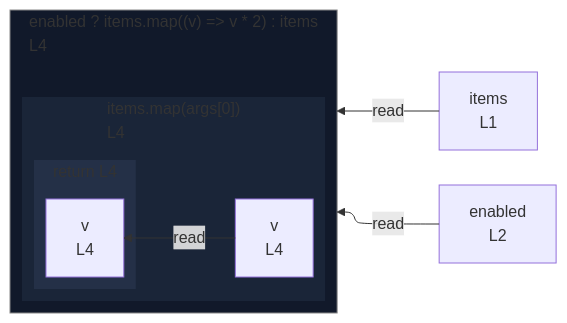
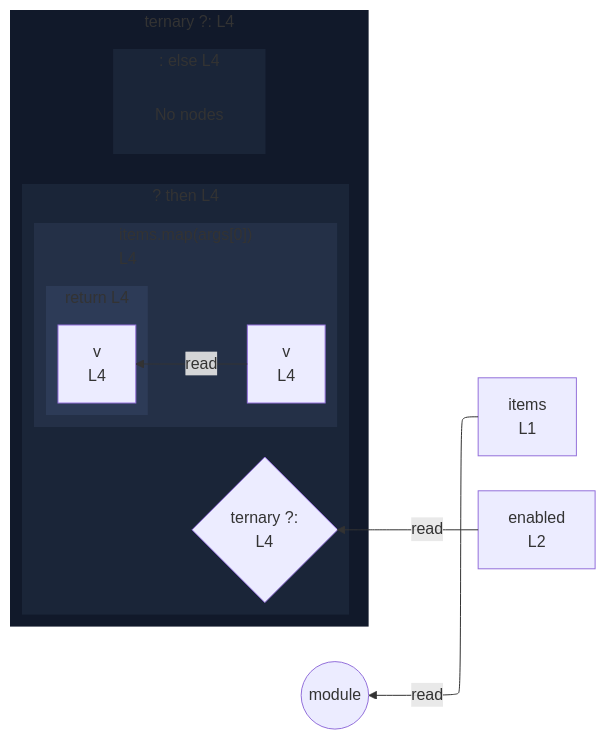
One commit to crescware/unsnarl changed the diagram in integration/fixtures/expression-statement/conditional-with-callback/preview.md. Above: the diagram before and after it, drawn with Mermaid. The commit also changed 163 other files, not shown here.

````diff
--- a/integration/fixtures/expression-statement/conditional-with-callback/preview.md
+++ b/integration/fixtures/expression-statement/conditional-with-callback/preview.md
@@ -14,28 +14,40 @@
 ```mermaid
 %%{init: {"flowchart": {"defaultRenderer": "elk"}}}%%
 flowchart RL
   n_scope_0_items_6["items<br/>L1"]
   n_scope_0_enabled_31["enabled<br/>L2"]
-  subgraph expr_stmt_48["enabled ? items.map((v) =&gt; v * 2) : items<br/>L4"]
+  subgraph cont_ternary_scope_0_48["ternary ?: L4"]
     direction RL
-    subgraph s_scope_1["items.map(args[0])<br/>L4"]
+    subgraph s_scope_1["? then L4"]
       direction RL
-      n_scope_1_v_69["v<br/>L4"]
-      subgraph s_return_scope_1_75_80["return L4"]
+      ternary_test_scope_0_48{"ternary ?:<br/>L4"}
+      subgraph s_scope_2["items.map(args[0])<br/>L4"]
         direction RL
-        ret_use_ref_4["v<br/>L4"]
+        n_scope_2_v_69["v<br/>L4"]
+        subgraph s_return_scope_2_75_80["return L4"]
+          direction RL
+          ret_use_ref_4["v<br/>L4"]
+        end
       end
     end
+    subgraph s_scope_3[": else L4"]
+      direction RL
+      elk_empty_s_scope_3["No nodes"]
+    end
   end
-  n_scope_0_enabled_31 -->|read| expr_stmt_48
-  n_scope_0_items_6 -->|read| expr_stmt_48
-  n_scope_1_v_69 -->|read| ret_use_ref_4
+  n_scope_0_enabled_31 -->|read| ternary_test_scope_0_48
+  n_scope_0_items_6 -->|read| module_root
+  n_scope_2_v_69 -->|read| ret_use_ref_4
+  module_root((module))
   classDef nestL1 fill:#11192a,stroke:transparent;
-  class expr_stmt_48 nestL1;
+  class cont_ternary_scope_0_48 nestL1;
   classDef nestL2 fill:#1a2538,stroke:transparent;
   class s_scope_1 nestL2;
+  class s_scope_3 nestL2;
   classDef nestL3 fill:#243047,stroke:transparent;
-  class s_return_scope_1_75_80 nestL3;
-  classDef edgeTargetSubgraph stroke:#888;
-  class expr_stmt_48 edgeTargetSubgraph;
+  class s_scope_2 nestL3;
+  classDef nestL4 fill:#2d3b57,stroke:transparent;
+  class s_return_scope_2_75_80 nestL4;
+  classDef elkEmptyPlaceholder fill:transparent,stroke:transparent;
+  class elk_empty_s_scope_3 elkEmptyPlaceholder;
 ```
````
